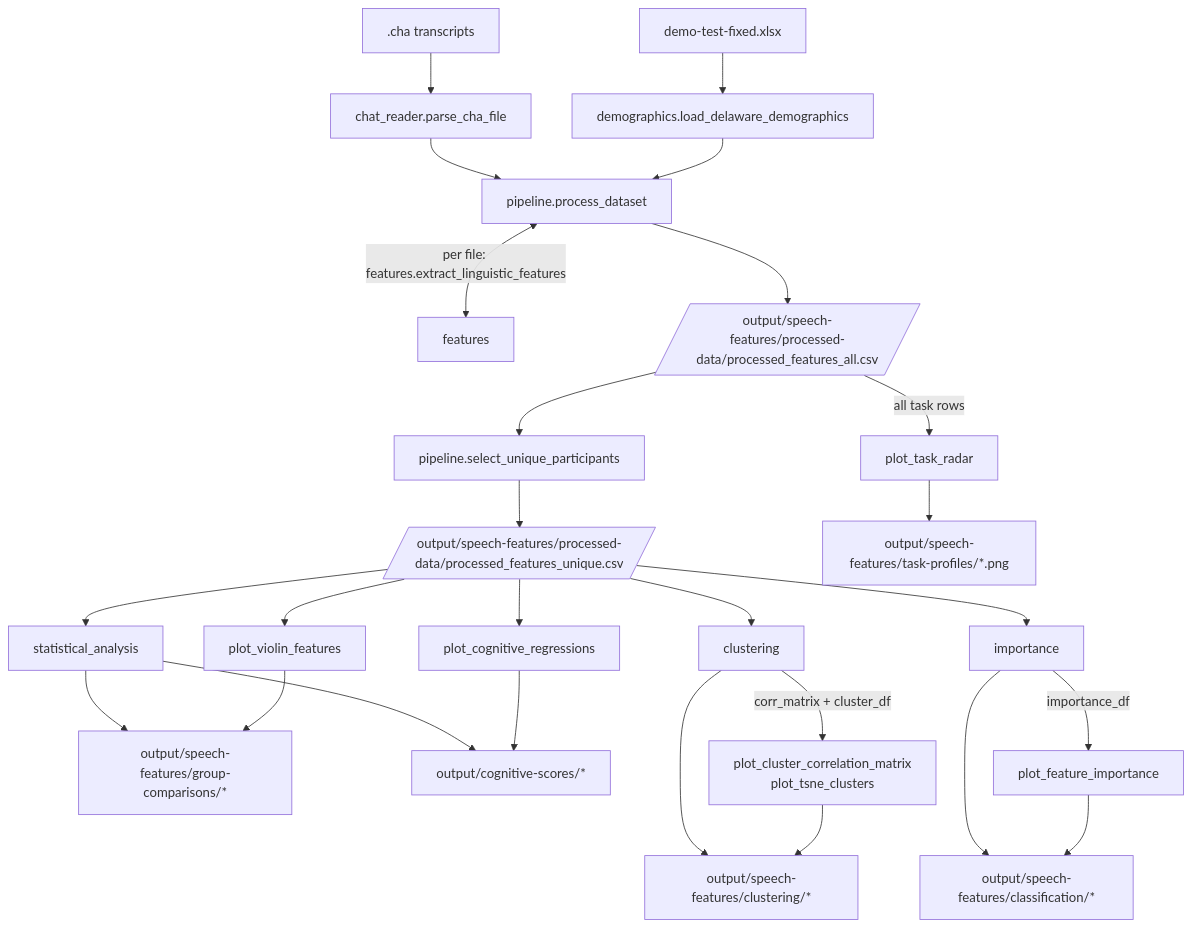
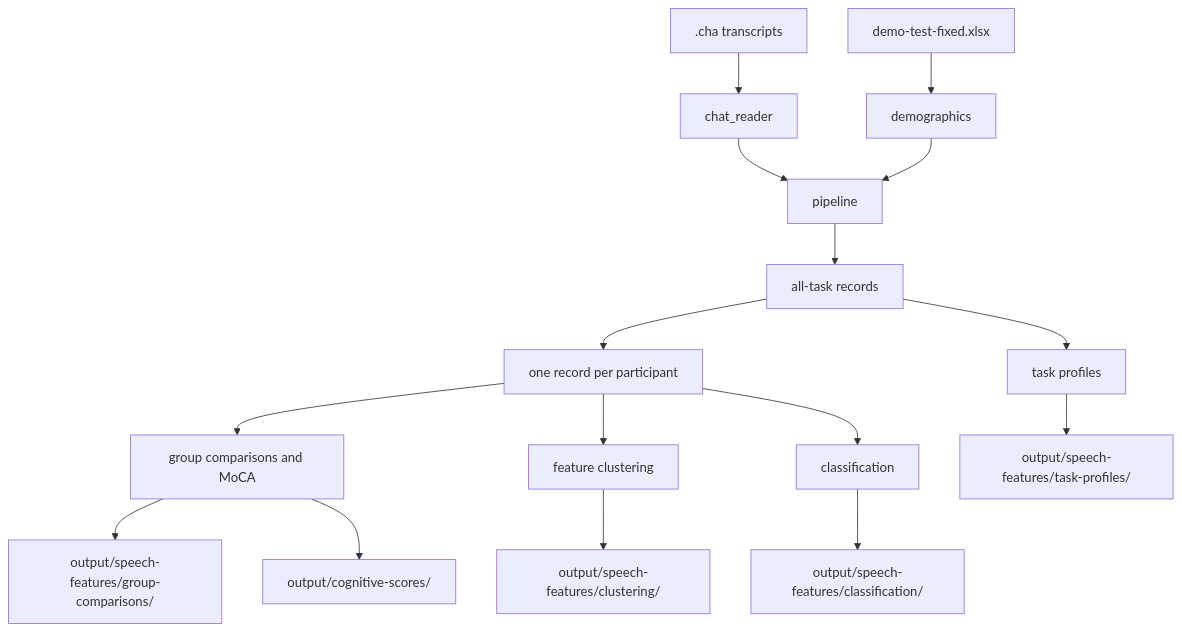
The diagram in book/architecture.md (HeigatVu/delware-project), drawn with Mermaid before and after one commit. The commit also changed other lines of this file and 12 other files, not shown here.

First line of the commit message:
docs: add per-module source map, book, and reference; fix feature bugs (#4)

````diff
--- a/book/architecture.md
+++ b/book/architecture.md
@@ -9,31 +9,18 @@
 ```mermaid
 flowchart TD
-  CHA[".cha transcripts"] --> CR["chat_reader.parse_cha_file"]
-  XLSX["demo-test-fixed.xlsx"] --> DEMO["demographics.load_delaware_demographics"]
-  CR --> PROC["pipeline.process_dataset"]
-  DEMO --> PROC
-  PROC <--> |"per file: features.extract_linguistic_features"| FEAT["features"]
-  PROC --> ALL[/"output/speech-features/processed-data/processed_features_all.csv"/]
-  ALL --> UNIQ["pipeline.select_unique_participants"]
-  UNIQ --> UF[/"output/speech-features/processed-data/processed_features_unique.csv"/]
-
-  UF --> SA["statistical_analysis"]
-  UF --> CLU["clustering"]
-  UF --> IMP["importance"]
-
-  SA --> GC["output/speech-features/group-comparisons/*"]
-  SA --> COG["output/cognitive-scores/*"]
-  CLU --> CL["output/speech-features/clustering/*"]
-  IMP --> CLS["output/speech-features/classification/*"]
-
-  CLU --> |"corr_matrix + cluster_df"| CM["plot_cluster_correlation_matrix<br>plot_tsne_clusters"]
-  IMP --> |"importance_df"| FI["plot_feature_importance"]
-  ALL --> |"all task rows"| RADAR["plot_task_radar"]
-  UF --> VIOLIN["plot_violin_features"]
-  UF --> REGR["plot_cognitive_regressions"]
-  CM --> CL
-  FI --> CLS
-  VIOLIN --> GC
-  REGR --> COG
-  RADAR --> TASK["output/speech-features/task-profiles/*.png"]
+  CHA[".cha transcripts"] --> CR["chat_reader"]
+  XLSX["demo-test-fixed.xlsx"] --> DEMO["demographics"]
+  CR --> PIPE["pipeline"]
+  DEMO --> PIPE
+  PIPE --> ALL["all-task records"]
+  ALL --> UNIQUE["one record per participant"]
+  ALL --> RADAR["task profiles"]
+  UNIQUE --> STATS["group comparisons and MoCA"]
+  UNIQUE --> CLUSTER["feature clustering"]
+  UNIQUE --> MODEL["classification"]
+  STATS --> OUT1["output/speech-features/group-comparisons/"]
+  STATS --> OUT2["output/cognitive-scores/"]
+  CLUSTER --> OUT3["output/speech-features/clustering/"]
+  MODEL --> OUT4["output/speech-features/classification/"]
+  RADAR --> OUT5["output/speech-features/task-profiles/"]
 ```
````
